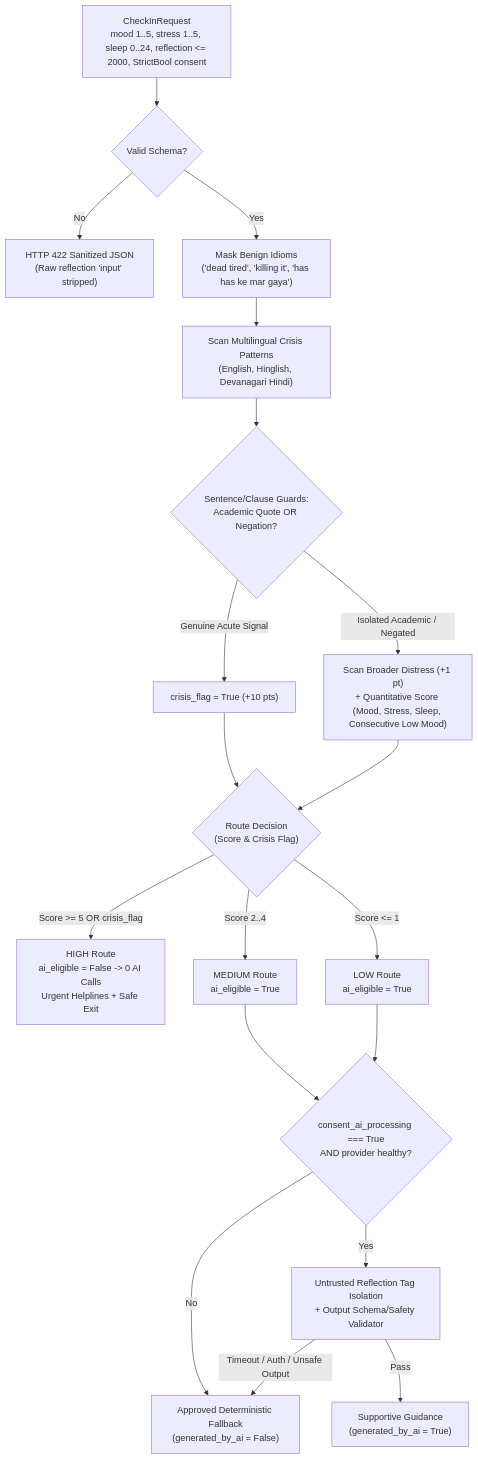
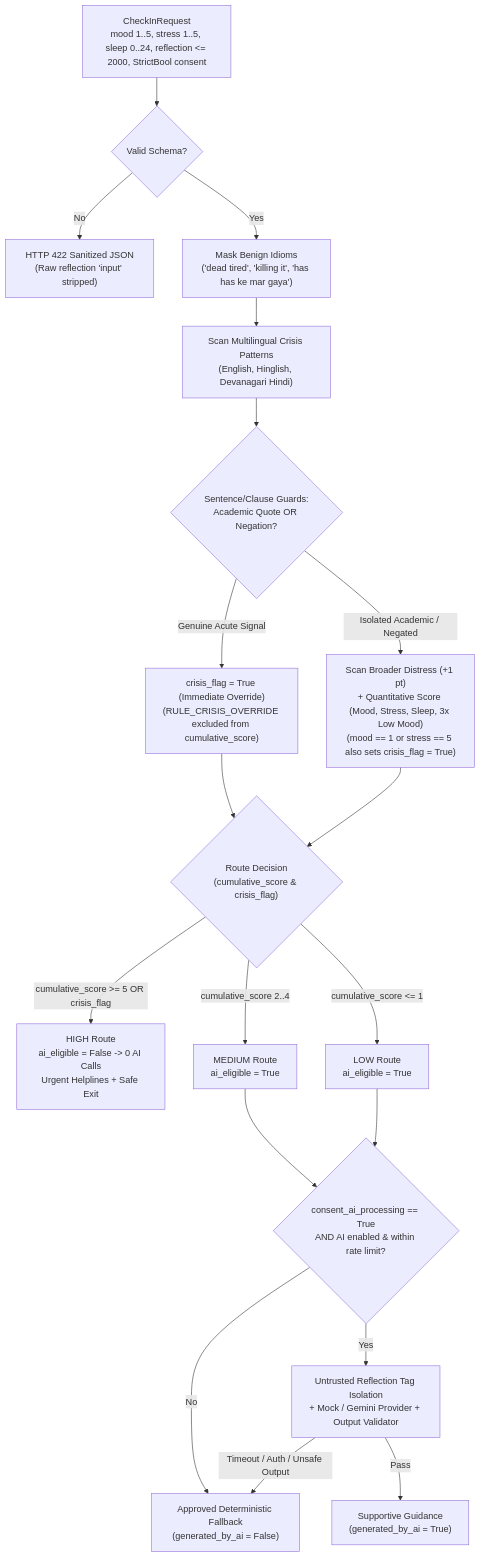
One commit to nikhi20-900/calmspace changed the third of 7 diagrams in README.md. Above: the diagram before and after it, drawn with Mermaid. The commit also changed other lines of this file, not shown here.

Commit message:
docs(readme): address PR #38 review accuracy, demo scope, and mobile diagram layout

````diff
--- a/README.md
+++ b/README.md
@@ -156,25 +167,25 @@
 ```mermaid
 flowchart TD
     In["CheckInRequest<br/>mood 1..5, stress 1..5, sleep 0..24, reflection <= 2000, StrictBool consent"] --> Valid{"Valid Schema?"}
-    Valid -->|No| Err422["HTTP 422 Sanitized JSON<br/>(Raw reflection 'input' stripped)"]
-    Valid -->|Yes| Idiom["Mask Benign Idioms<br/>('dead tired', 'killing it', 'has has ke mar gaya')"]
+    Valid -->|"No"| Err422["HTTP 422 Sanitized JSON<br/>(Raw reflection 'input' stripped)"]
+    Valid -->|"Yes"| Idiom["Mask Benign Idioms<br/>('dead tired', 'killing it', 'has has ke mar gaya')"]
 
     Idiom --> CrisisScan["Scan Multilingual Crisis Patterns<br/>(English, Hinglish, Devanagari Hindi)"]
     CrisisScan --> Guards{"Sentence/Clause Guards:<br/>Academic Quote OR Negation?"}
-    Guards -->|"Isolated Academic / Negated"| Distress["Scan Broader Distress (+1 pt)<br/>+ Quantitative Score (Mood, Stress, Sleep, Consecutive Low Mood)"]
-    Guards -->|"Genuine Acute Signal"| HighOverride["crisis_flag = True (+10 pts)"]
+    Guards -->|"Isolated Academic / Negated"| Distress["Scan Broader Distress (+1 pt)<br/>+ Quantitative Score (Mood, Stress, Sleep, 3x Low Mood)<br/>(mood == 1 or stress == 5 also sets crisis_flag = True)"]
+    Guards -->|"Genuine Acute Signal"| HighOverride["crisis_flag = True (Immediate Override)<br/>(RULE_CRISIS_OVERRIDE excluded from cumulative_score)"]
 
     HighOverride --> RouteDecision
-    Distress --> RouteDecision{"Route Decision<br/>(Score & Crisis Flag)"}
+    Distress --> RouteDecision{"Route Decision<br/>(cumulative_score & crisis_flag)"}
 
-    RouteDecision -->|"Score >= 5 OR crisis_flag"| High["HIGH Route<br/>ai_eligible = False -> 0 AI Calls<br/>Urgent Helplines + Safe Exit"]
-    RouteDecision -->|"Score 2..4"| Med["MEDIUM Route<br/>ai_eligible = True"]
-    RouteDecision -->|"Score <= 1"| Low["LOW Route<br/>ai_eligible = True"]
+    RouteDecision -->|"cumulative_score >= 5 OR crisis_flag"| High["HIGH Route<br/>ai_eligible = False -> 0 AI Calls<br/>Urgent Helplines + Safe Exit"]
+    RouteDecision -->|"cumulative_score 2..4"| Med["MEDIUM Route<br/>ai_eligible = True"]
+    RouteDecision -->|"cumulative_score <= 1"| Low["LOW Route<br/>ai_eligible = True"]
 
-    Med --> Consent{"consent_ai_processing === True<br/>AND provider healthy?"}
+    Med --> Consent{"consent_ai_processing == True<br/>AND AI enabled & within rate limit?"}
     Low --> Consent
-    Consent -->|No| Fallback["Approved Deterministic Fallback<br/>(generated_by_ai = False)"]
-    Consent -->|Yes| Prompt["Untrusted Reflection Tag Isolation<br/>+ Output Schema/Safety Validator"]
+    Consent -->|"No"| Fallback["Approved Deterministic Fallback<br/>(generated_by_ai = False)"]
+    Consent -->|"Yes"| Prompt["Untrusted Reflection Tag Isolation<br/>+ Mock / Gemini Provider + Output Validator"]
     Prompt -->|"Pass"| AIGuidance["Supportive Guidance<br/>(generated_by_ai = True)"]
     Prompt -->|"Timeout / Auth / Unsafe Output"| Fallback
 ```
````
